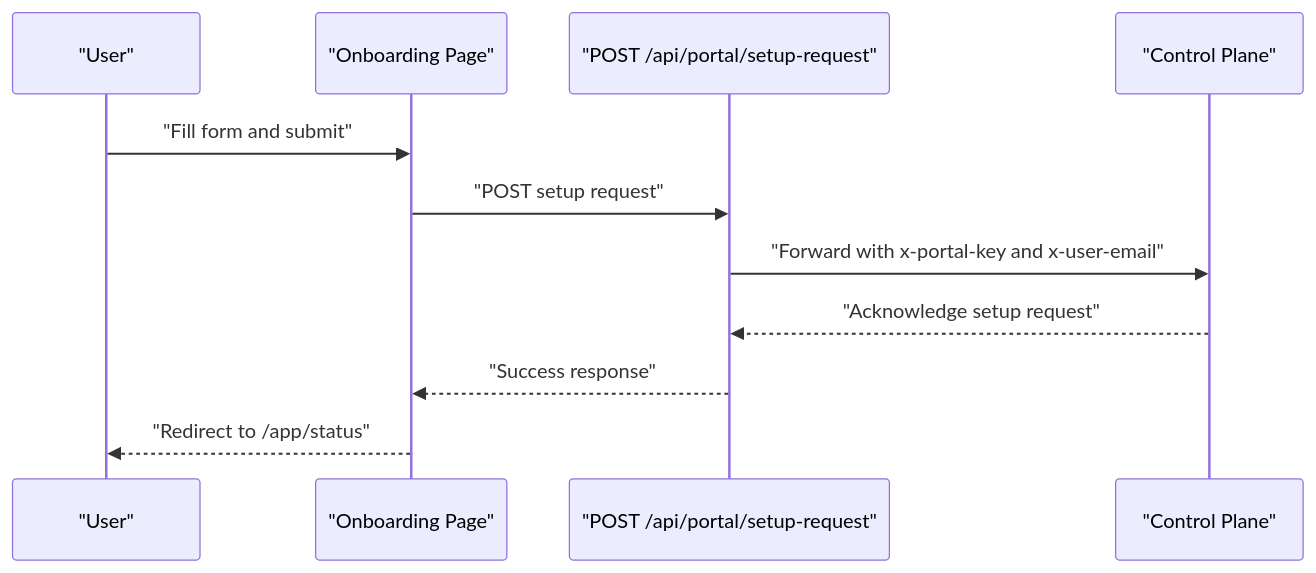
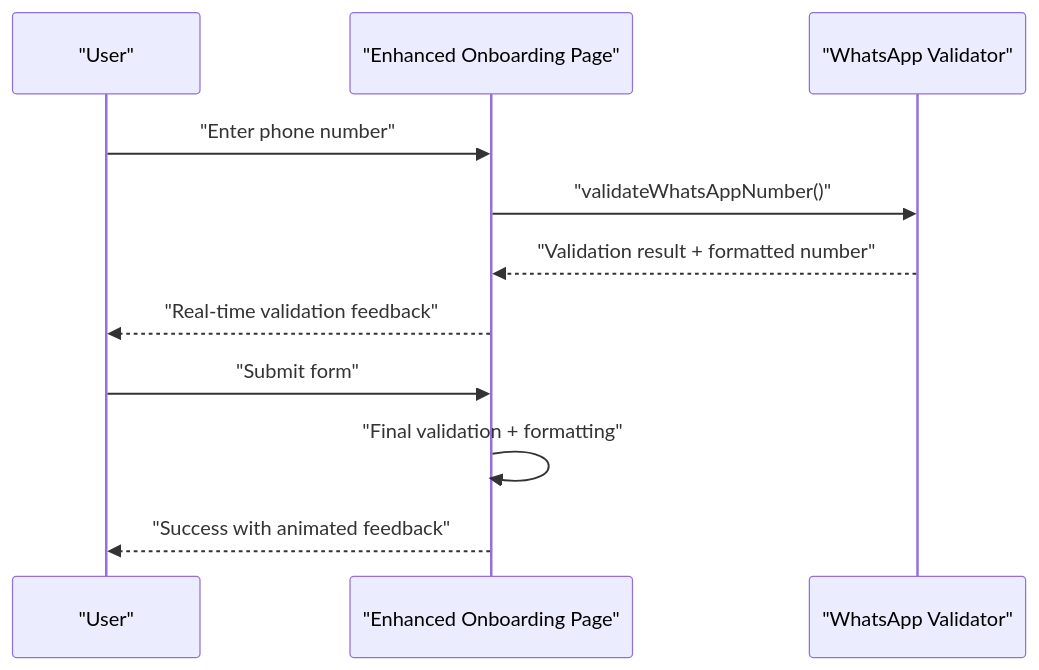
The fifth of 9 diagrams in .qoder/repowiki/en/content/Frontend Application/Portal Interface.md (askchiwa-spec/FLOW-HQ-BOT), drawn with Mermaid before and after one commit. The commit also changed other lines of this file and 69 other files, not shown here.

````diff
--- a/.qoder/repowiki/en/content/Frontend Application/Portal Interface.md
+++ b/.qoder/repowiki/en/content/Frontend Application/Portal Interface.md
@@ -198,13 +232,13 @@
 ```mermaid
 sequenceDiagram
 participant U as "User"
-participant O as "Onboarding Page"
-participant API as "POST /api/portal/setup-request"
-participant CP as "Control Plane"
-U->>O : "Fill form and submit"
-O->>API : "POST setup request"
-API->>CP : "Forward with x-portal-key and x-user-email"
-CP-->>API : "Acknowledge setup request"
-API-->>O : "Success response"
-O-->>U : "Redirect to /app/status"
+participant O as "Enhanced Onboarding Page"
+participant V as "WhatsApp Validator"
+U->>O : "Enter phone number"
+O->>V : "validateWhatsAppNumber()"
+V-->>O : "Validation result + formatted number"
+O-->>U : "Real-time validation feedback"
+U->>O : "Submit form"
+O->>O : "Final validation + formatting"
+O-->>U : "Success with animated feedback"
 ```
````
